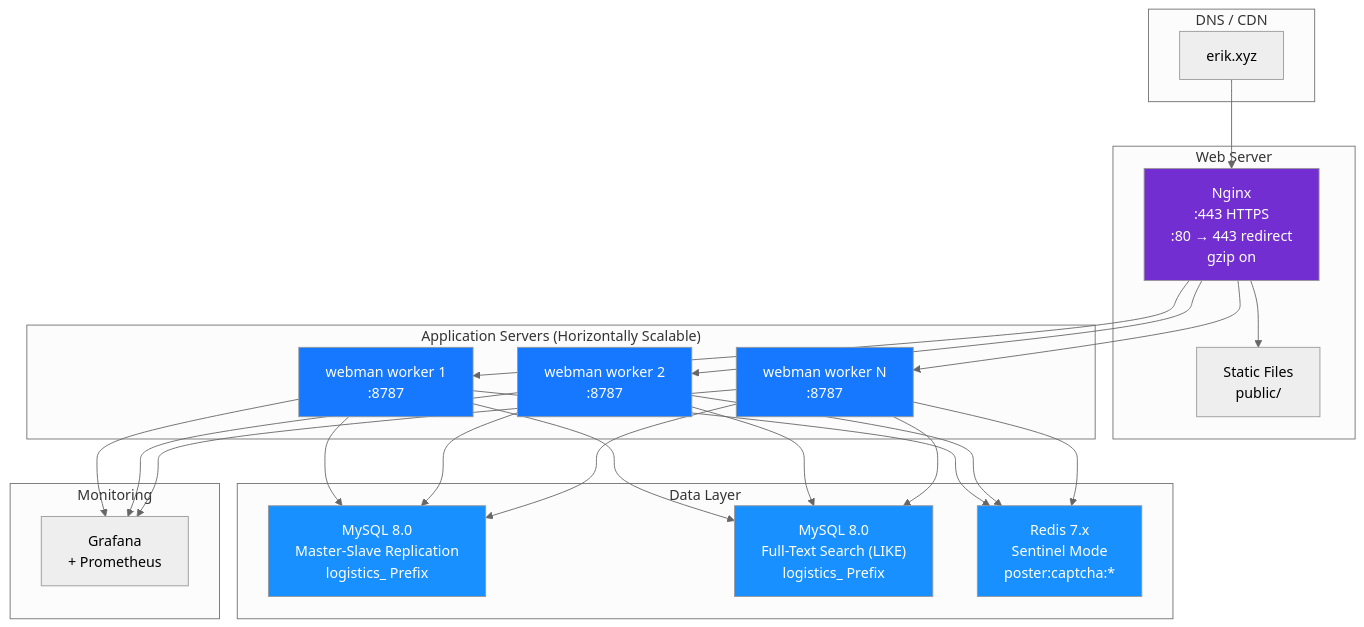
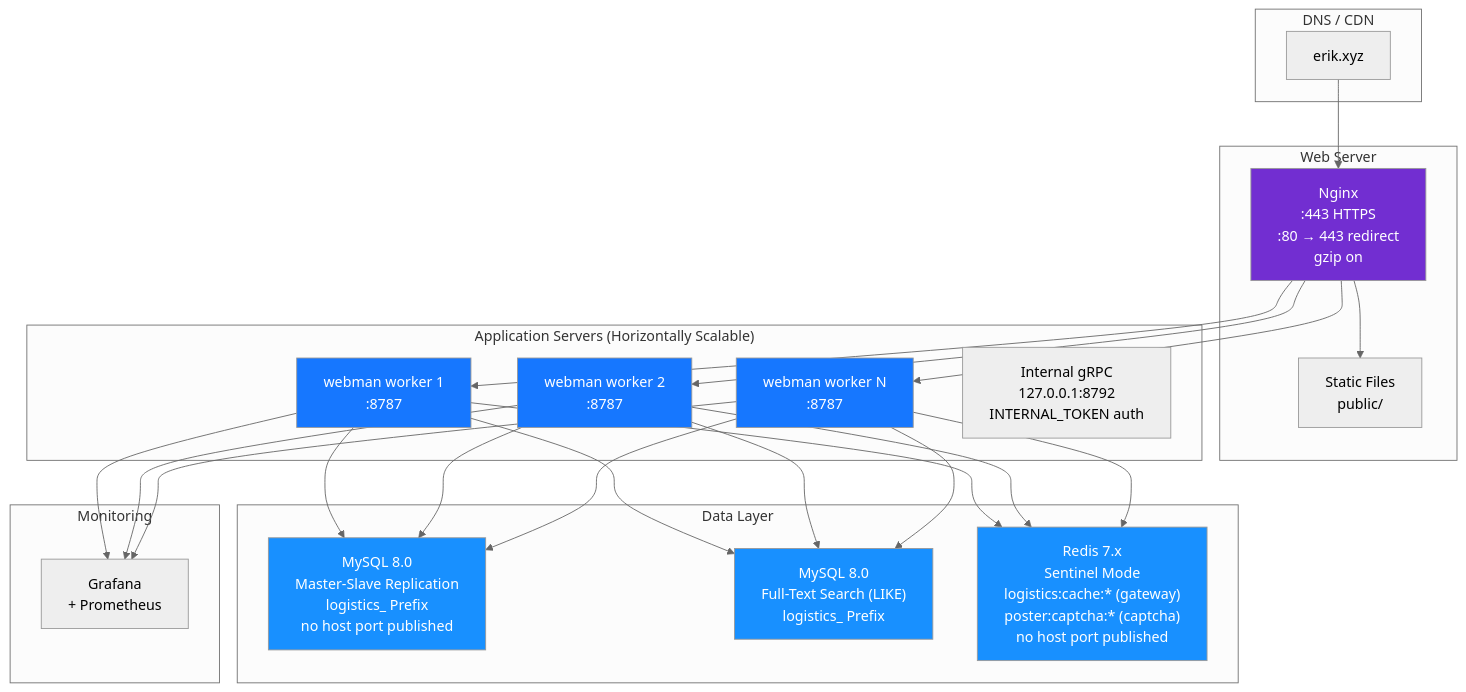
One commit to erikwang2013/integrated-global-logistics changed diagram 12 of 13 in admin/docs/ARCHITECTURE.en.md. Above: the diagram before and after it, drawn with Mermaid (neutral theme). The commit also changed other lines of this file and 88 other files, not shown here.

````diff
--- a/admin/docs/ARCHITECTURE.en.md
+++ b/admin/docs/ARCHITECTURE.en.md
@@ -601,43 +611,44 @@
 ```mermaid
 flowchart TB
     subgraph "DNS / CDN"
         DNS["erik.xyz"]
     end
 
     subgraph "Web Server"
         NGX["Nginx<br/>:443 HTTPS<br/>:80 → 443 redirect<br/>gzip on"]
         STA["Static Files<br/>public/"]
     end
 
     subgraph "Application Servers (Horizontally Scalable)"
         WM1["webman worker 1<br/>:8787"]
         WM2["webman worker 2<br/>:8787"]
         WM3["webman worker N<br/>:8787"]
+        GRPC["Internal gRPC<br/>127.0.0.1:8792<br/>INTERNAL_TOKEN auth"]
     end
 
     subgraph "Data Layer"
-        MYSQL["MySQL 8.0<br/>Master-Slave Replication<br/>logistics_ Prefix"]
+        MYSQL["MySQL 8.0<br/>Master-Slave Replication<br/>logistics_ Prefix<br/>no host port published"]
         ES["MySQL 8.0<br/>Full-Text Search (LIKE)<br/>logistics_ Prefix"]
-        REDIS["Redis 7.x<br/>Sentinel Mode<br/>poster:captcha:*"]
+        REDIS["Redis 7.x<br/>Sentinel Mode<br/>logistics:cache:* (gateway)<br/>poster:captcha:* (captcha)<br/>no host port published"]
     end
 
     subgraph "Monitoring"
         MON["Grafana<br/>+ Prometheus"]
     end
 
     DNS --> NGX
     NGX --> STA
     NGX --> WM1 & WM2 & WM3
     WM1 & WM2 & WM3 --> MYSQL
     WM1 & WM2 & WM3 --> ES
     WM1 & WM2 & WM3 --> REDIS
     WM1 & WM2 & WM3 --> MON
 
     style NGX fill:#722ED1,color:#fff
     style WM1 fill:#1677FF,color:#fff
     style WM2 fill:#1677FF,color:#fff
     style WM3 fill:#1677FF,color:#fff
     style MYSQL fill:#1890FF,color:#fff
     style ES fill:#1890FF,color:#fff
     style REDIS fill:#1890FF,color:#fff
 ```
````
